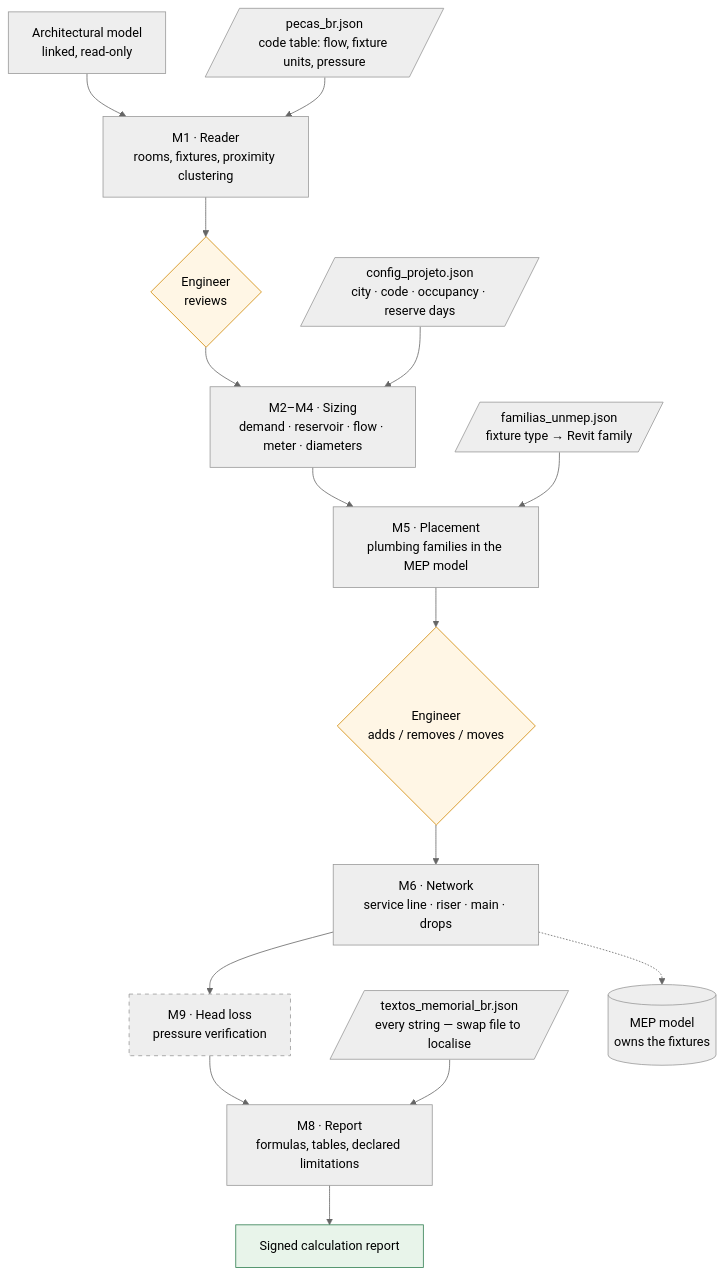
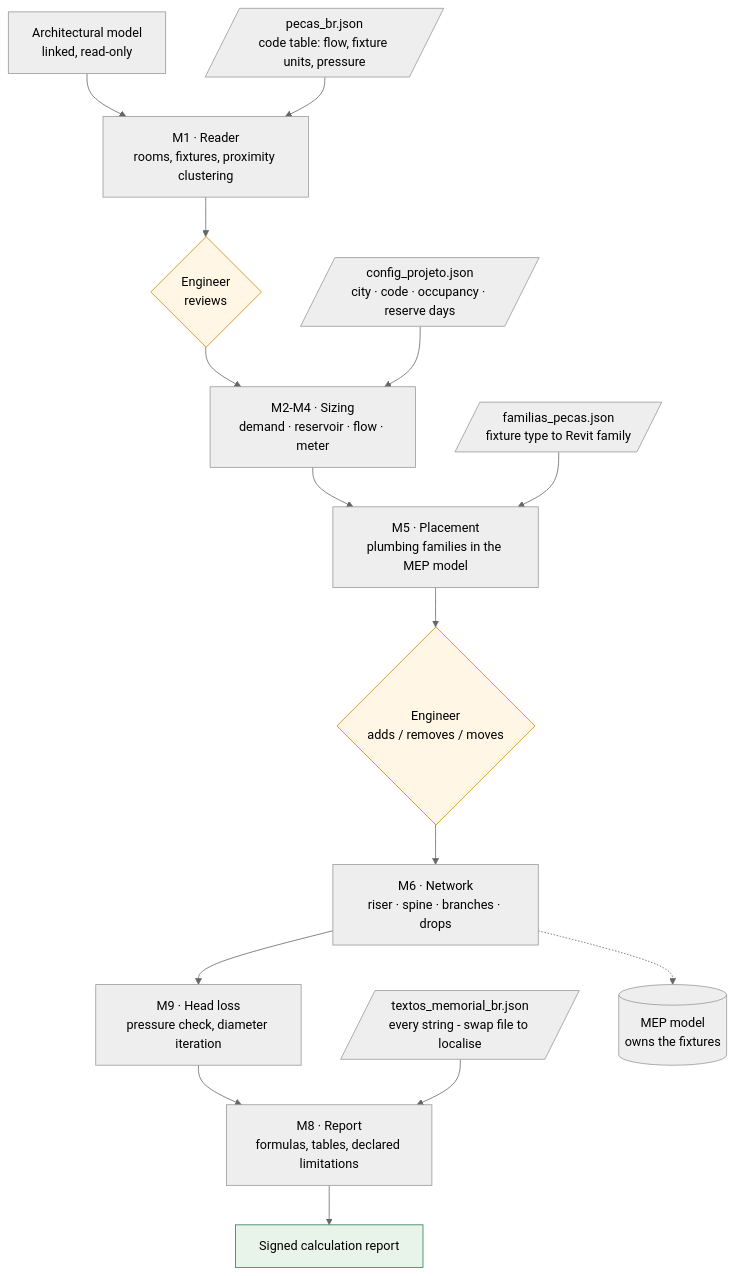
The diagram in README.md (Thaynabarreiro/revit-hydro-designer), drawn with Mermaid (neutral theme) before and after one commit. The commit also changed other lines of this file and 25 other files, not shown here.

````diff
--- a/README.md
+++ b/README.md
@@ -85,39 +111,38 @@
 ```mermaid
 flowchart TD
     ARQ[Architectural model<br/>linked, read-only]
     CFG[/config_projeto.json<br/>city · code · occupancy · reserve days/]
     TAB[/pecas_br.json<br/>code table: flow, fixture units, pressure/]
-    MAP[/familias_unmep.json<br/>fixture type → Revit family/]
+    MAP[/familias_pecas.json<br/>fixture type to Revit family/]
 
     ARQ --> M1
     M1[M1 · Reader<br/>rooms, fixtures, proximity clustering]
     TAB --> M1
     M1 --> REV1{Engineer<br/>reviews}
     REV1 --> M2
 
     CFG --> M2
-    M2[M2–M4 · Sizing<br/>demand · reservoir · flow · meter · diameters]
+    M2[M2-M4 · Sizing<br/>demand · reservoir · flow · meter]
     M2 --> M5
 
     MAP --> M5
     M5[M5 · Placement<br/>plumbing families in the MEP model]
     M5 --> REV2{Engineer<br/>adds / removes / moves}
     REV2 --> M6
 
-    M6[M6 · Network<br/>service line · riser · main · drops]
+    M6[M6 · Network<br/>riser · spine · branches · drops]
     M6 --> M9
-    M9[M9 · Head loss<br/>pressure verification]
+    M9[M9 · Head loss<br/>pressure check, diameter iteration]
     M9 --> M8
 
-    TXT[/textos_memorial_br.json<br/>every string — swap file to localise/]
+    TXT[/textos_memorial_br.json<br/>every string - swap file to localise/]
     TXT --> M8
     M8[M8 · Report<br/>formulas, tables, declared limitations]
     M8 --> PDF[Signed calculation report]
 
     M6 -.-> MODEL[(MEP model<br/>owns the fixtures)]
 
     style REV1 fill:#fff6e5,stroke:#d08700
     style REV2 fill:#fff6e5,stroke:#d08700
-    style M9 stroke-dasharray: 5 5
     style PDF fill:#e8f4ea,stroke:#2e7d4f
 ```
````
